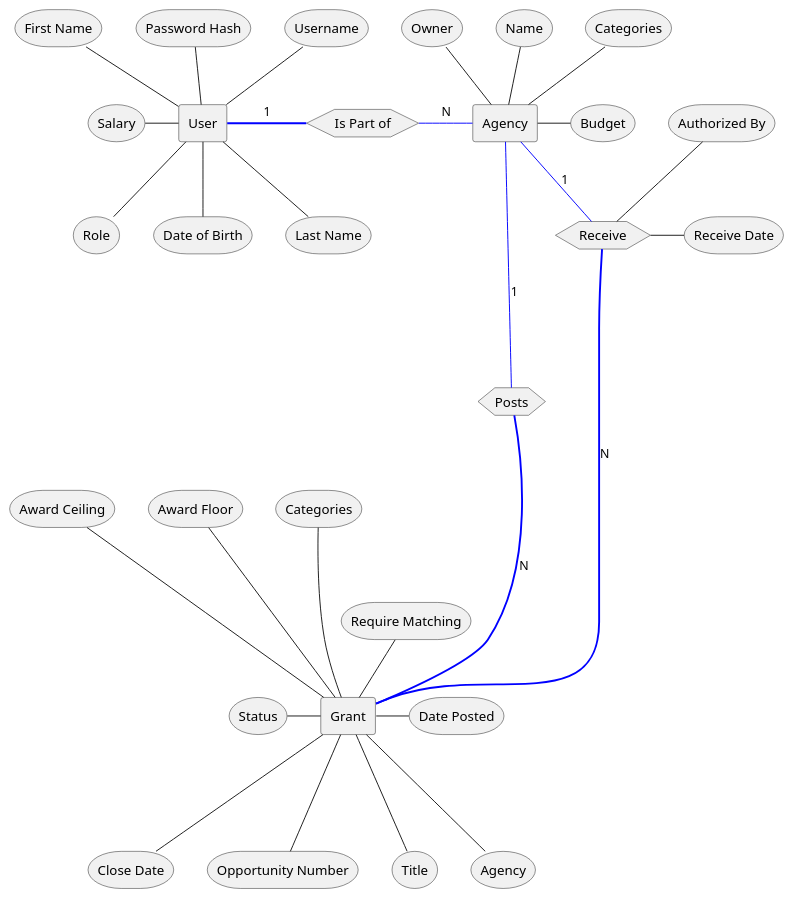
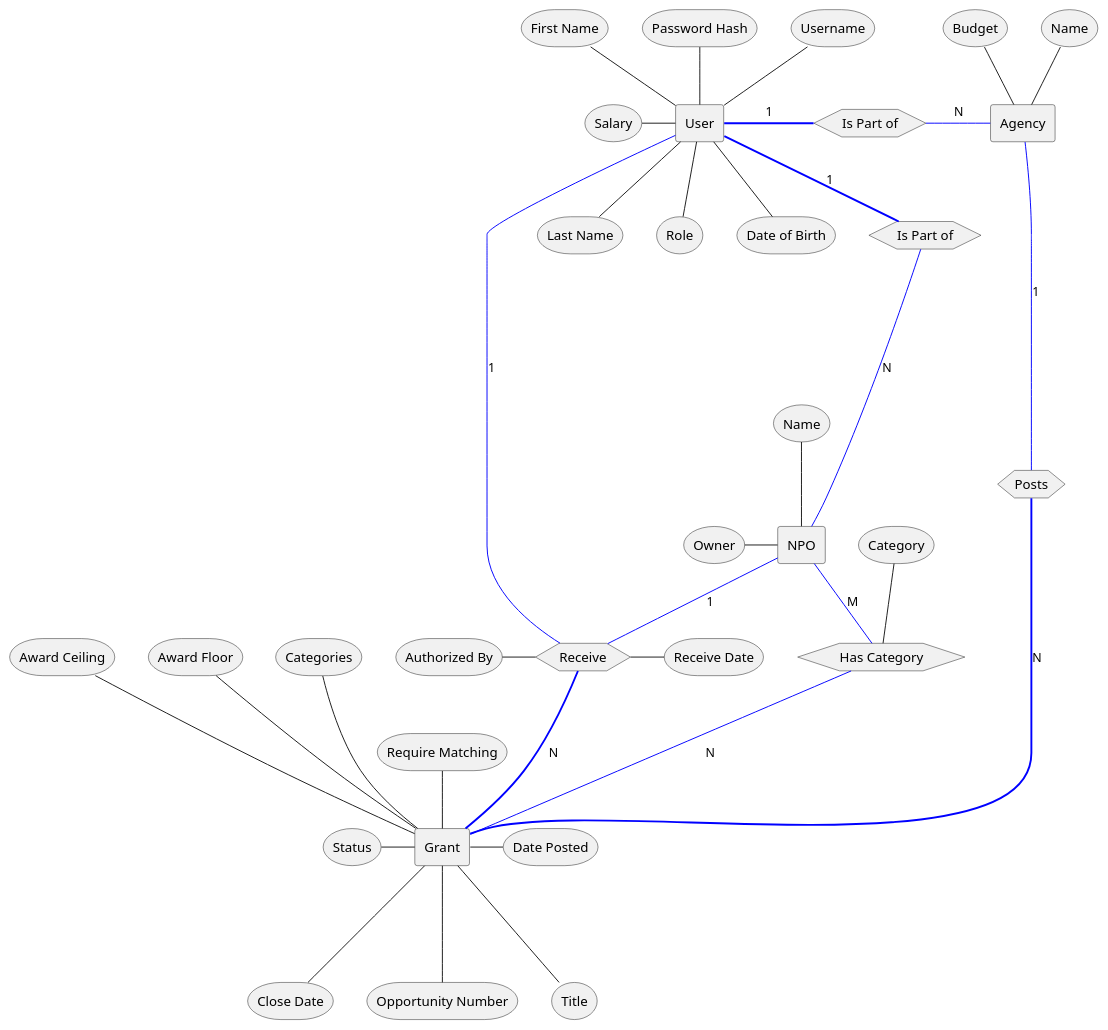
The diagram in Homework_1_ER_Diagram.pu (fabiomatos999/ICOM5016_Stuff), drawn with PlantUML before and after one commit.

Commit message:
Split agency into agency and NPO and ass missing category relation.

```diff
--- a/Homework_1_ER_Diagram.pu
+++ b/Homework_1_ER_Diagram.pu
@@ -1,60 +1,68 @@
 @startuml
 rectangle Agency
-storage Owner as AOwner
 storage Name as AName
-storage Categories as ACategories
 storage "Budget" as ABudget
-AOwner -- Agency
 AName -- Agency
-ACategories -- Agency
-ABudget -left- Agency
+ABudget -- Agency
+rectangle NPO
+storage "Owner" as NPOOwner
+storage "Name" as NPOName
+NPOOwner -right- NPO
+NPOName -- NPO
 rectangle Grant
 storage "Date Posted" as PDate
 storage "Close Date" as CDate
 storage "Award Ceiling" as AwardCeiling
 storage "Award Floor" as AwardFloor
 storage "Opportunity Number" as ONumber
 storage Title as GTitle
 storage Categories as GCategories
-storage Agency as GAgency
 storage Status as GStatus
 Storage "Require Matching" as GRequireMatching
 PDate -left-- Grant
 CDate --up- Grant
 AwardCeiling --down- Grant
 AwardFloor --down- Grant
 ONumber --up- Grant
 GTitle --up- Grant
 GCategories --- Grant
-GAgency --up- Grant
 GStatus -right-- Grant
 GRequireMatching -- Grant
 rectangle User
 storage "First Name" as UFirstName 
 storage "Last Name" as ULastName 
 storage "Password Hash" as UPassword 
 storage "Username" as UUsername 
 storage "Role" as URole 
 storage "Salary" as USalary
 storage "Date of Birth" as UDateOfBirth
 UFirstName -- User
 ULastName -up- User
 UPassword -- User
 UUsername -- User
 URole -up- User
 UDateOfBirth -up- User
 USalary -right- User
 Hexagon Posts
 Agency --[#Blue]-- Posts : 1
 Posts ==[#Blue]== Grant : N
 Hexagon Receive
 storage "Receive Date" as RReceiveDate
 storage "Authorized By" as RAuthorizedBy
 RReceiveDate -left- Receive
-RAuthorizedBy -- Receive
-Agency -[#Blue]- Receive : 1
-Receive =[#Blue]= Grant : N
-Hexagon "Is Part of" as IsPartOf
-User =right[#Blue]= IsPartOf : 1
-IsPartOf -right[#Blue]- Agency : N
+RAuthorizedBy -right- Receive
+Receive ==[#Blue]= Grant : N
+Hexagon "Is Part of" as IsPartOfAgency
+User =right[#Blue]= IsPartOfAgency : 1
+IsPartOfAgency -right[#Blue]- Agency : N
+NPO -down[#Blue]- Receive : 1
+Hexagon "Is Part of" as IsPartOfNPO
+User =[#Blue]= IsPartOfNPO : 1
+IsPartOfNPO --[#Blue]-- NPO : N
+Hexagon "Has Category" as HasCategory
+NPO -[#Blue]- HasCategory : M
+storage Category
+Category -- HasCategory
+HasCategory -[#Blue]- Grant : N
+User -[#Blue]- Receive : 1
 @enduml
```
